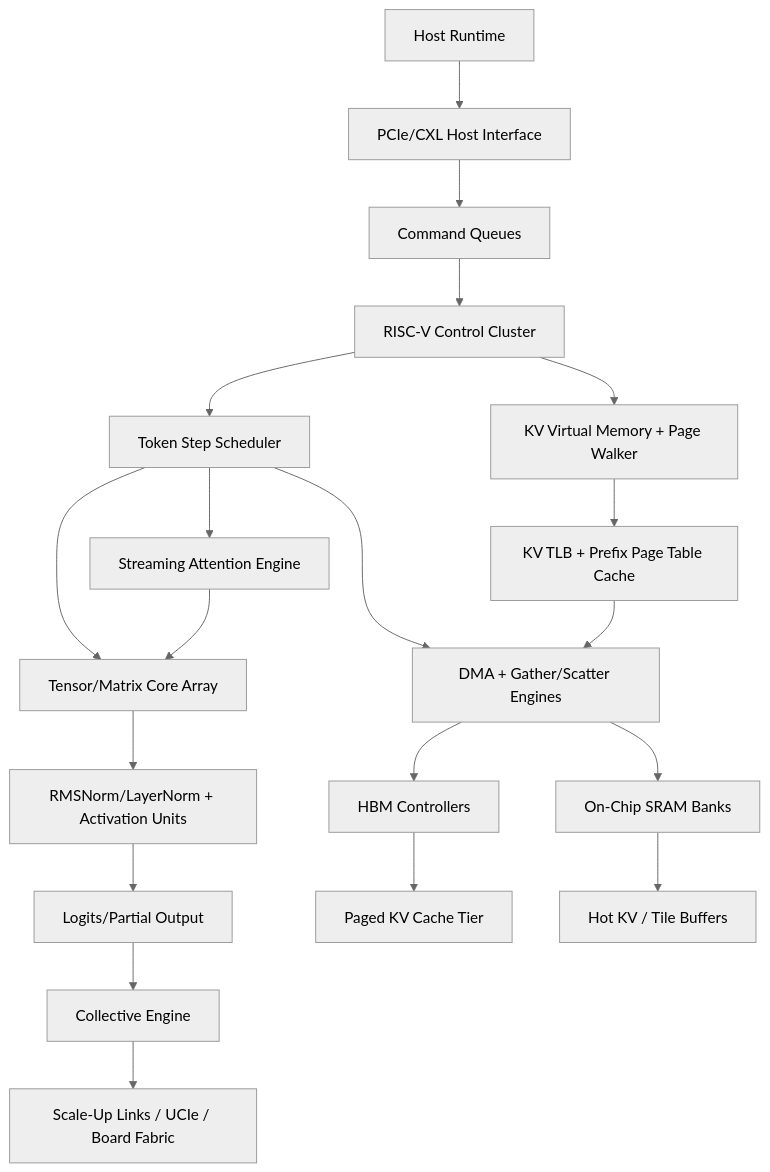
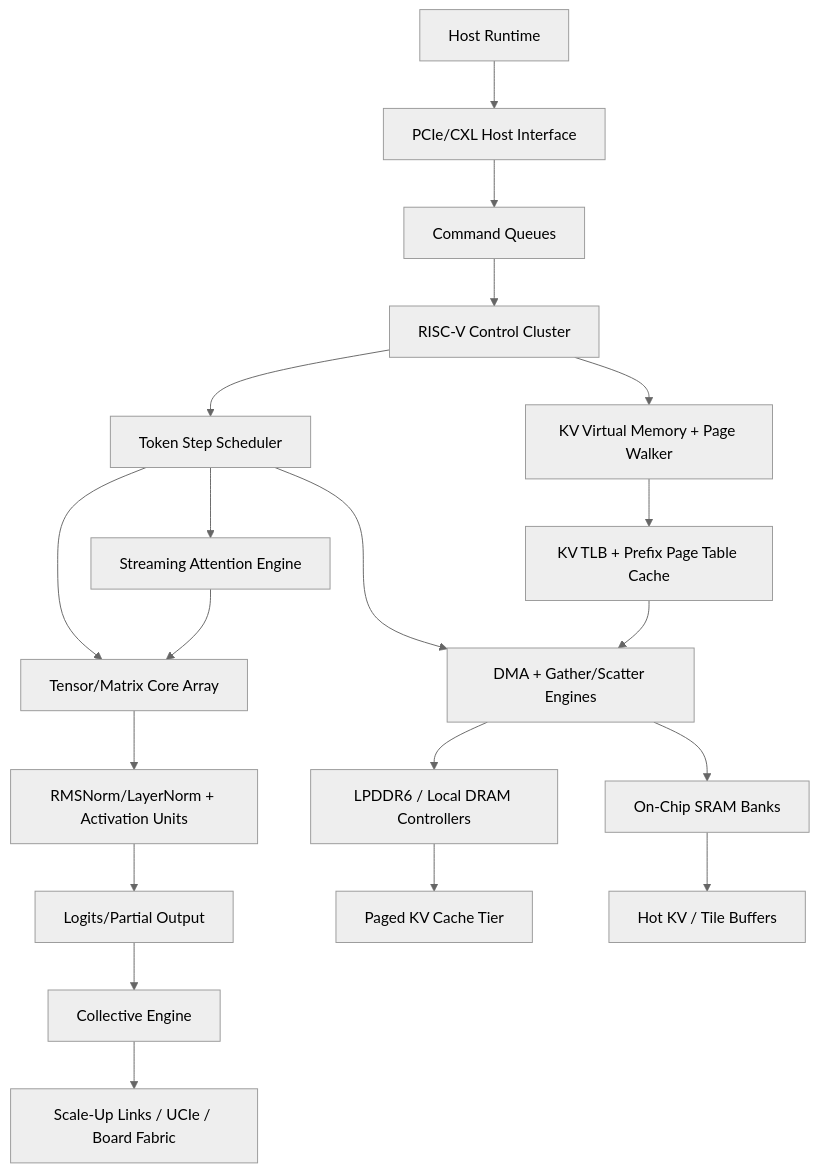
One commit to suryavanshi/RecursiveCompute changed the diagram in docs/agentic_llm_inference_asic_plan.md. Above: the diagram before and after it, drawn with Mermaid (neutral theme). The commit also changed other lines of this file and 7 other files, not shown here.

````diff
--- a/docs/agentic_llm_inference_asic_plan.md
+++ b/docs/agentic_llm_inference_asic_plan.md
@@ -50,22 +53,22 @@
 ```mermaid
 flowchart TB
   Host["Host Runtime"] --> PCIe["PCIe/CXL Host Interface"]
   PCIe --> CmdQ["Command Queues"]
   CmdQ --> RV["RISC-V Control Cluster"]
   RV --> Sched["Token Step Scheduler"]
   RV --> MMU["KV Virtual Memory + Page Walker"]
   Sched --> Tensor["Tensor/Matrix Core Array"]
   Sched --> Attn["Streaming Attention Engine"]
   Sched --> DMA["DMA + Gather/Scatter Engines"]
-  DMA --> HBM["HBM Controllers"]
+  DMA --> DRAM["LPDDR6 / Local DRAM Controllers"]
   DMA --> SRAM["On-Chip SRAM Banks"]
   MMU --> TLB["KV TLB + Prefix Page Table Cache"]
   TLB --> DMA
-  HBM --> KV["Paged KV Cache Tier"]
+  DRAM --> KV["Paged KV Cache Tier"]
   SRAM --> HotKV["Hot KV / Tile Buffers"]
   Attn --> Tensor
   Tensor --> Norm["RMSNorm/LayerNorm + Activation Units"]
   Norm --> Out["Logits/Partial Output"]
   Out --> Collect["Collective Engine"]
   Collect --> Links["Scale-Up Links / UCIe / Board Fabric"]
 ```
````
